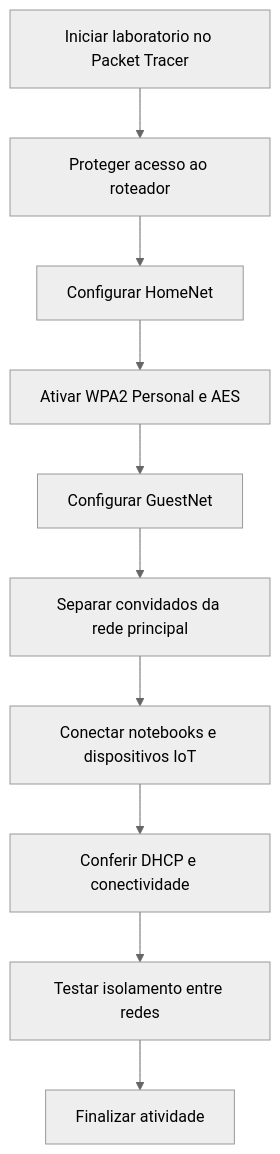
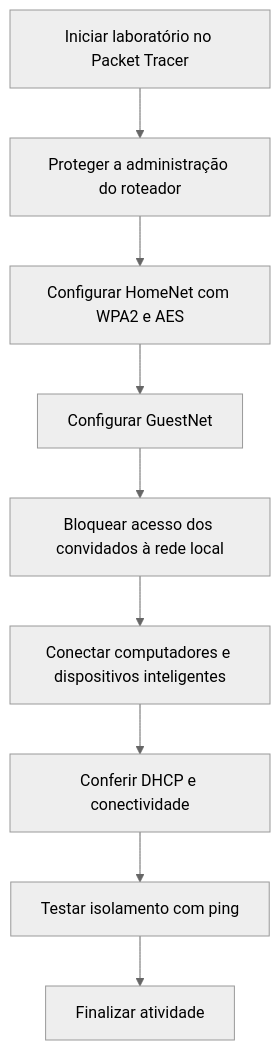
Before and after one commit to giovanna-faraujo/Cisco_Packet_Tracer-Lab-Roteador_Wireless: the diagram in README.md, drawn with Mermaid (neutral theme). The commit also changed other lines of this file, not shown here.

````diff
--- a/README.md
+++ b/README.md
@@ -120,12 +41,11 @@
 ```mermaid
 flowchart TD
-    A[Iniciar laboratorio no Packet Tracer] --> B[Proteger acesso ao roteador]
-    B --> C[Configurar HomeNet]
-    C --> D[Ativar WPA2 Personal e AES]
-    D --> E[Configurar GuestNet]
-    E --> F[Separar convidados da rede principal]
-    F --> G[Conectar notebooks e dispositivos IoT]
-    G --> H[Conferir DHCP e conectividade]
-    H --> I[Testar isolamento entre redes]
-    I --> J[Finalizar atividade]
+    A[Iniciar laboratório no Packet Tracer] --> B[Proteger a administração do roteador]
+    B --> C[Configurar HomeNet com WPA2 e AES]
+    C --> D[Configurar GuestNet]
+    D --> E[Bloquear acesso dos convidados à rede local]
+    E --> F[Conectar computadores e dispositivos inteligentes]
+    F --> G[Conferir DHCP e conectividade]
+    G --> H[Testar isolamento com ping]
+    H --> I[Finalizar atividade]
 ```
````
